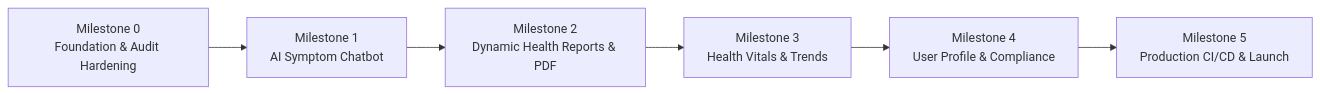
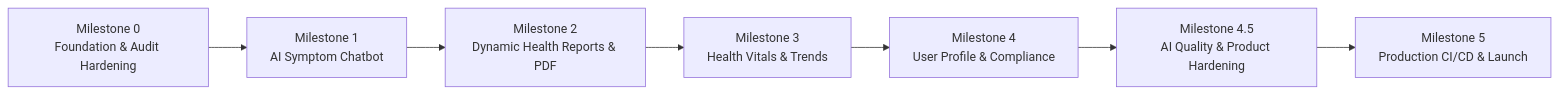
Before and after one commit to Huzaifa-Ansari-AI/Health-Companion-AI: the diagram in docs/ROADMAP.md, drawn with Mermaid. The commit also changed other lines of this file and 1 other file, not shown here.

Commit message:
docs: phase 6 finalize documentation and roadmap for milestone 4.5

````diff
--- a/docs/ROADMAP.md
+++ b/docs/ROADMAP.md
@@ -9,8 +9,9 @@
 ```mermaid
 flowchart LR
     M0["Milestone 0<br/>Foundation & Audit Hardening"] --> M1["Milestone 1<br/>AI Symptom Chatbot"]
     M1 --> M2["Milestone 2<br/>Dynamic Health Reports & PDF"]
     M2 --> M3["Milestone 3<br/>Health Vitals & Trends"]
     M3 --> M4["Milestone 4<br/>User Profile & Compliance"]
-    M4 --> M5["Milestone 5<br/>Production CI/CD & Launch"]
+    M4 --> M45["Milestone 4.5<br/>AI Quality & Product Hardening"]
+    M45 --> M5["Milestone 5<br/>Production CI/CD & Launch"]
 ```
````
